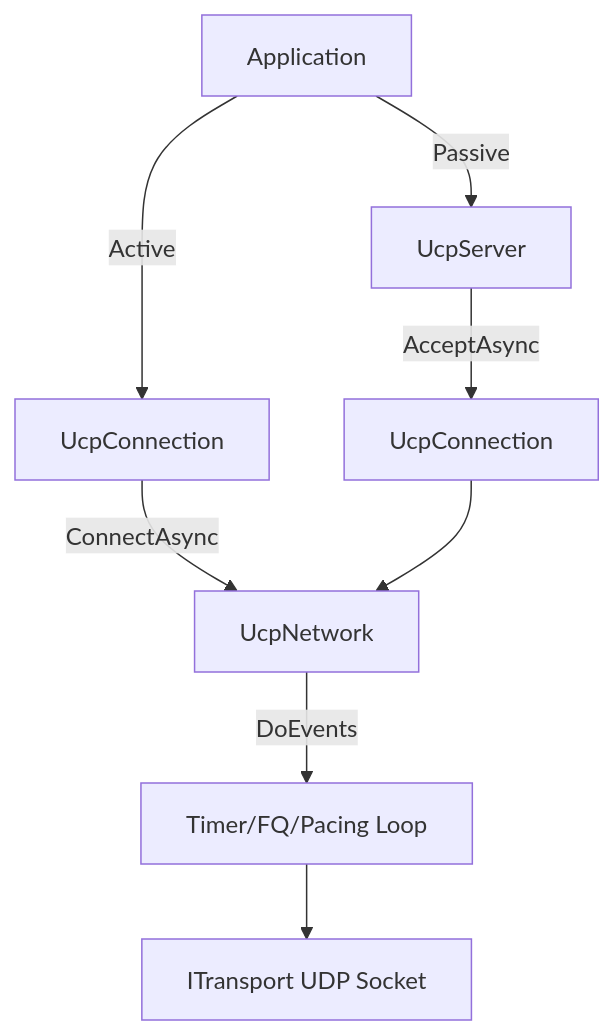
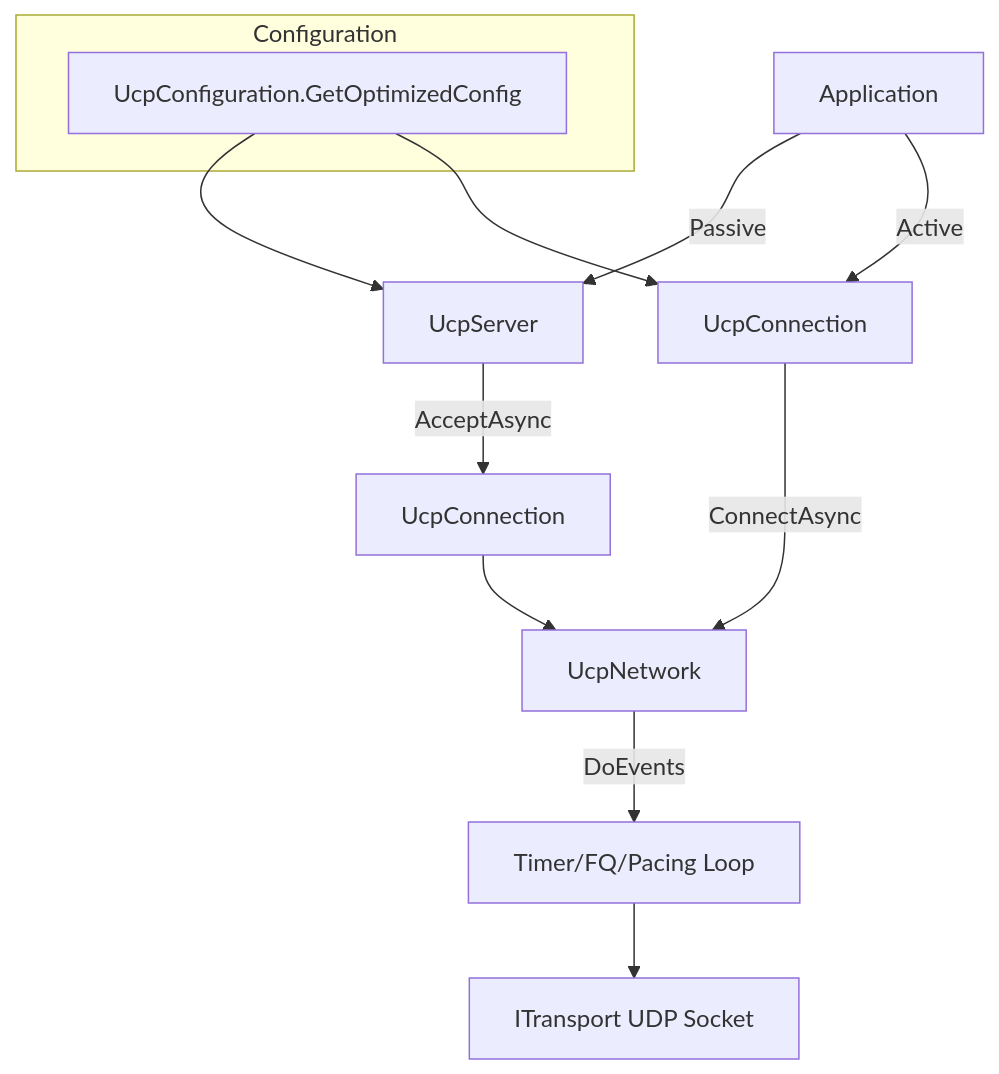
Before and after one commit to liulilittle/ucp: the first of 4 diagrams in docs/api.md, drawn with Mermaid. The commit also changed other lines of this file and 17 other files, not shown here.

````diff
--- a/docs/api.md
+++ b/docs/api.md
@@ -11,10 +13,17 @@
 ```mermaid
 flowchart TD
     App[Application] -->|Passive| Server[UcpServer]
     App -->|Active| Client[UcpConnection]
     Server -->|AcceptAsync| ServerConn[UcpConnection]
     Client -->|ConnectAsync| Net[UcpNetwork]
     ServerConn --> Net
     Net -->|DoEvents| Loop[Timer/FQ/Pacing Loop]
     Loop --> Socket[ITransport UDP Socket]
+
+    subgraph Configuration
+        Config[UcpConfiguration.GetOptimizedConfig]
+    end
+
+    Config --> Server
+    Config --> Client
 ```
````
